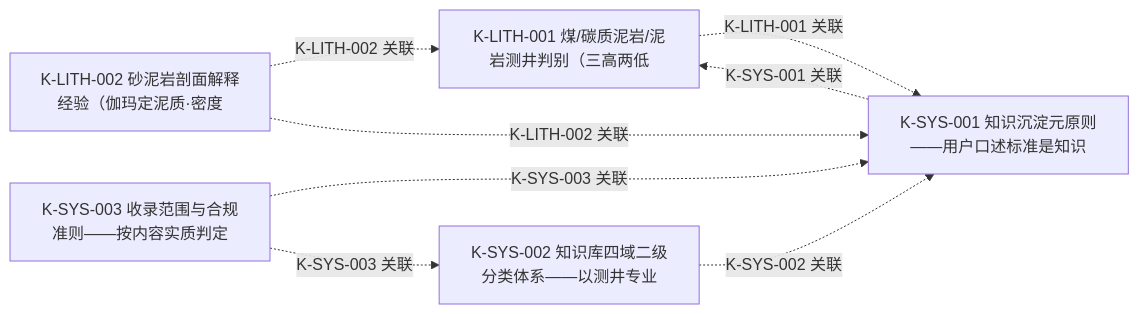
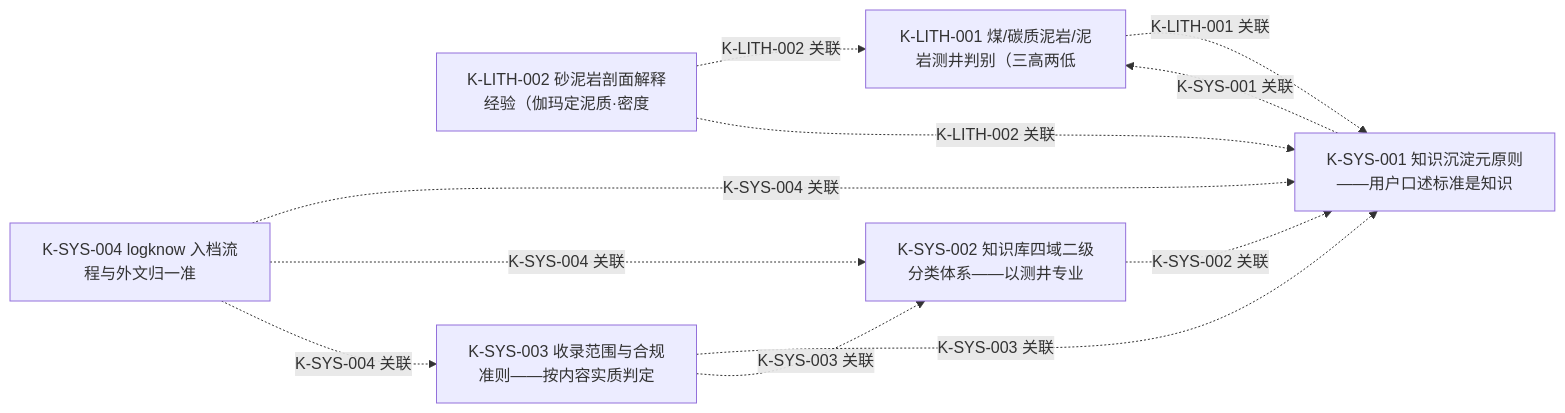
The diagram in knowledge/知识图谱总览.md (uz215/logint-uz215), drawn with Mermaid before and after one commit. The commit also changed other lines of this file and 6 other files, not shown here.

First line of the commit message:
logknow 入档正本与外文归一 K-SYS-004：scanpath/归档优先/合规粗筛 + 外文→中文归一防重复；修 bootstrap.py 断裂与报告 NULL 容错

````diff
--- a/knowledge/知识图谱总览.md
+++ b/knowledge/知识图谱总览.md
@@ -25,15 +26,19 @@
 ```mermaid
 flowchart LR
     K_LITH_001["K-LITH-001 煤/碳质泥岩/泥岩测井判别（三高两低"]
     K_LITH_002["K-LITH-002 砂泥岩剖面解释经验（伽玛定泥质·密度"]
     K_SYS_001["K-SYS-001 知识沉淀元原则——用户口述标准是知识"]
     K_SYS_002["K-SYS-002 知识库四域二级分类体系——以测井专业"]
     K_SYS_003["K-SYS-003 收录范围与合规准则——按内容实质判定"]
+    K_SYS_004["K-SYS-004 logknow 入档流程与外文归一准"]
     K_LITH_001 -.->|K-LITH-001 关联| K_SYS_001
     K_LITH_002 -.->|K-LITH-002 关联| K_LITH_001
     K_LITH_002 -.->|K-LITH-002 关联| K_SYS_001
     K_SYS_001 -.->|K-SYS-001 关联| K_LITH_001
     K_SYS_002 -.->|K-SYS-002 关联| K_SYS_001
     K_SYS_003 -.->|K-SYS-003 关联| K_SYS_001
     K_SYS_003 -.->|K-SYS-003 关联| K_SYS_002
+    K_SYS_004 -.->|K-SYS-004 关联| K_SYS_001
+    K_SYS_004 -.->|K-SYS-004 关联| K_SYS_002
+    K_SYS_004 -.->|K-SYS-004 关联| K_SYS_003
 ```
````
